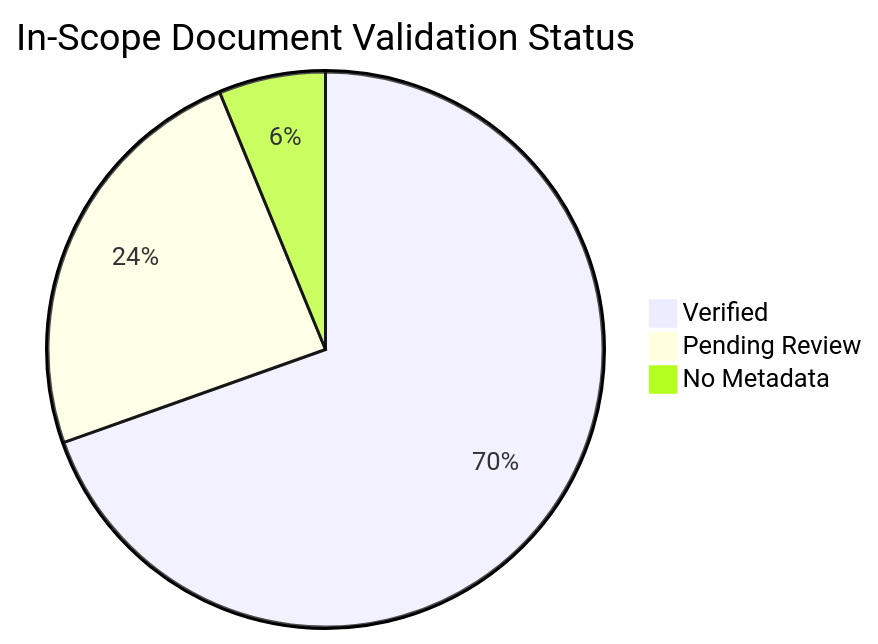
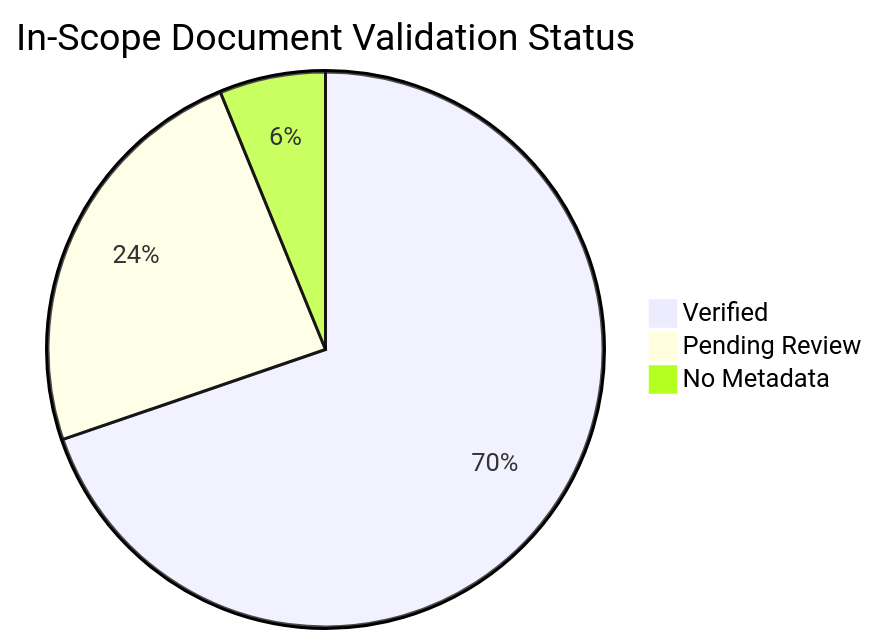
One commit to yeongseon/azure-container-apps-practical-guide changed the diagram in docs/reference/content-validation-status.md. Above: the diagram before and after it, drawn with Mermaid. The commit also changed other lines of this file and 2 other files, not shown here.

````diff
--- a/docs/reference/content-validation-status.md
+++ b/docs/reference/content-validation-status.md
@@ -25,6 +25,6 @@
 ```mermaid
 pie title In-Scope Document Validation Status
-    "Verified" : 112
+    "Verified" : 113
     "Pending Review" : 39
     "No Metadata" : 10
 ```
````
